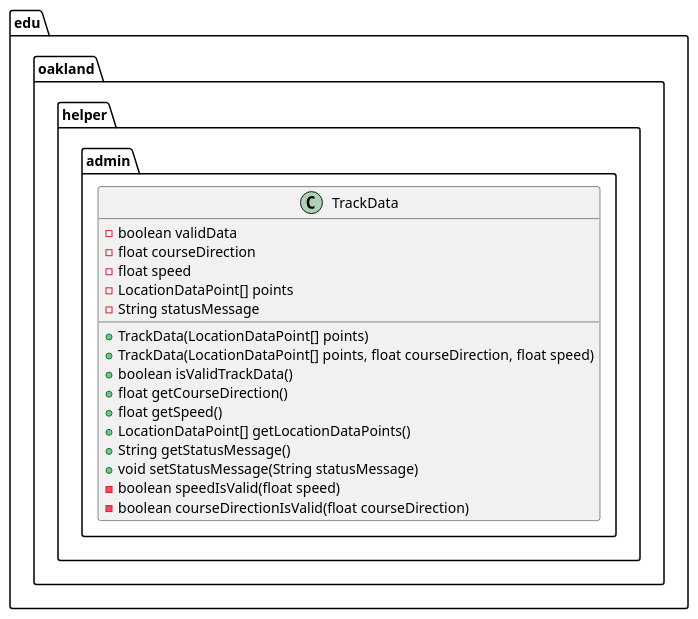
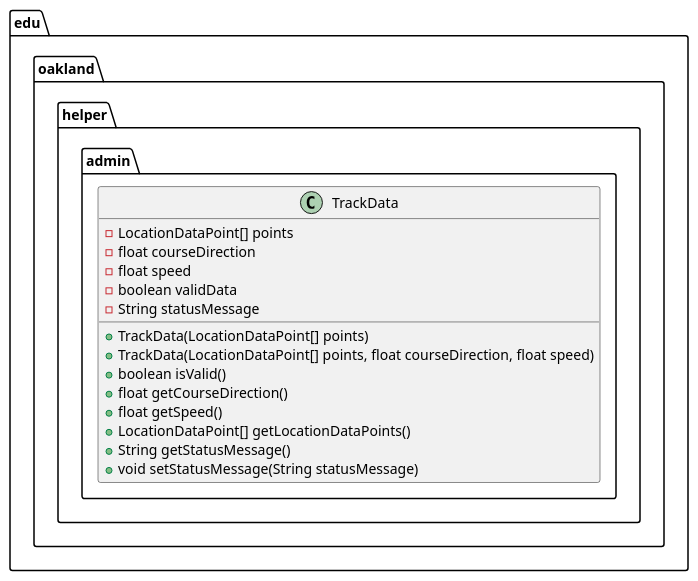
The diagram in docs/uml-class-diagrams/admin/helper/TrackData/TrackData.puml (andrewdimmer/csi-3370-software-project), drawn with PlantUML before and after one commit. The commit also changed 2 other files, not shown here.

Commit message:
[Admin] Updated TrackData Documentation
It now reflect what was actually built.

```diff
--- a/docs/uml-class-diagrams/admin/helper/TrackData/TrackData.puml
+++ b/docs/uml-class-diagrams/admin/helper/TrackData/TrackData.puml
@@ -1,23 +1,21 @@
 @startuml TrackData
 
 package edu.oakland.helper.admin {
     class TrackData {
-        - boolean validData
+        - LocationDataPoint[] points
         - float courseDirection
         - float speed
-        - LocationDataPoint[] points
+        - boolean validData
         - String statusMessage
         + TrackData(LocationDataPoint[] points)
         + TrackData(LocationDataPoint[] points, float courseDirection, float speed)
-        + boolean isValidTrackData()
+        + boolean isValid()
         + float getCourseDirection()
         + float getSpeed()
         + LocationDataPoint[] getLocationDataPoints()
         + String getStatusMessage()
         + void setStatusMessage(String statusMessage)
-        - boolean speedIsValid(float speed)
-        - boolean courseDirectionIsValid(float courseDirection)
     }
 }
 
 @enduml
```
